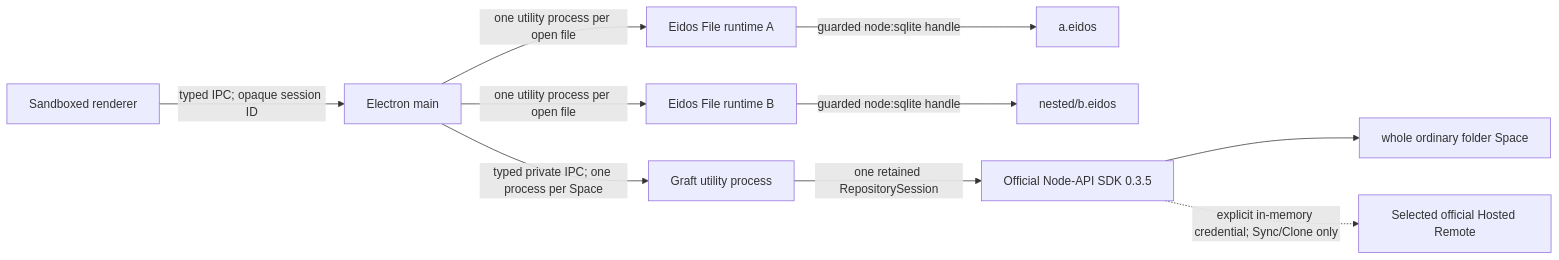
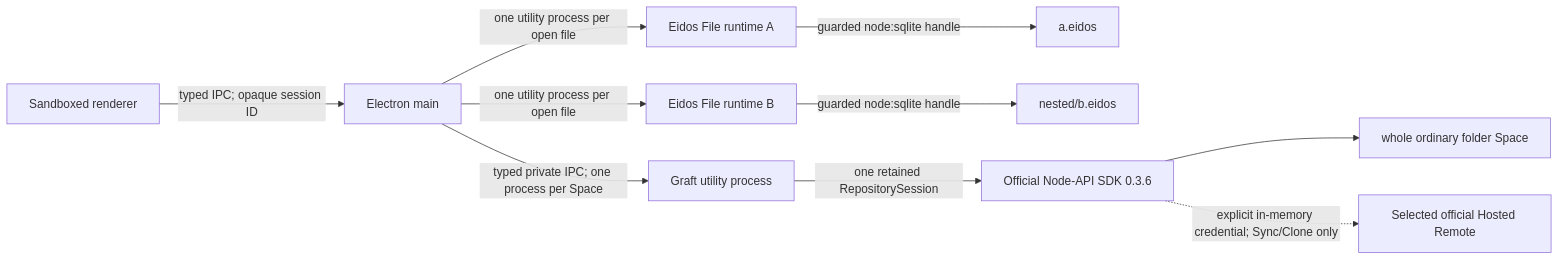
One commit to mayneyao/eidos changed the first of 2 diagrams in apps/eidos-lite-desktop/docs/ARCHITECTURE.md. Above: the diagram before and after it, drawn with Mermaid. The commit also changed other lines of this file and 8 other files, not shown here.

````diff
--- a/apps/eidos-lite-desktop/docs/ARCHITECTURE.md
+++ b/apps/eidos-lite-desktop/docs/ARCHITECTURE.md
@@ -59,12 +59,12 @@
 ```mermaid
 flowchart LR
   R["Sandboxed renderer"] -->|"typed IPC; opaque session ID"| M["Electron main"]
   M -->|"one utility process per open file"| F1["Eidos File runtime A"]
   M -->|"one utility process per open file"| F2["Eidos File runtime B"]
   F1 -->|"guarded node:sqlite handle"| E1["a.eidos"]
   F2 -->|"guarded node:sqlite handle"| E2["nested/b.eidos"]
   M -->|"typed private IPC; one process per Space"| G["Graft utility process"]
-  G -->|"one retained RepositorySession"| N["Official Node-API SDK 0.3.5"]
+  G -->|"one retained RepositorySession"| N["Official Node-API SDK 0.3.6"]
   N --> S["whole ordinary folder Space"]
   N -. "explicit in-memory credential; Sync/Clone only" .-> H["Selected official Hosted Remote"]
 ```
````
